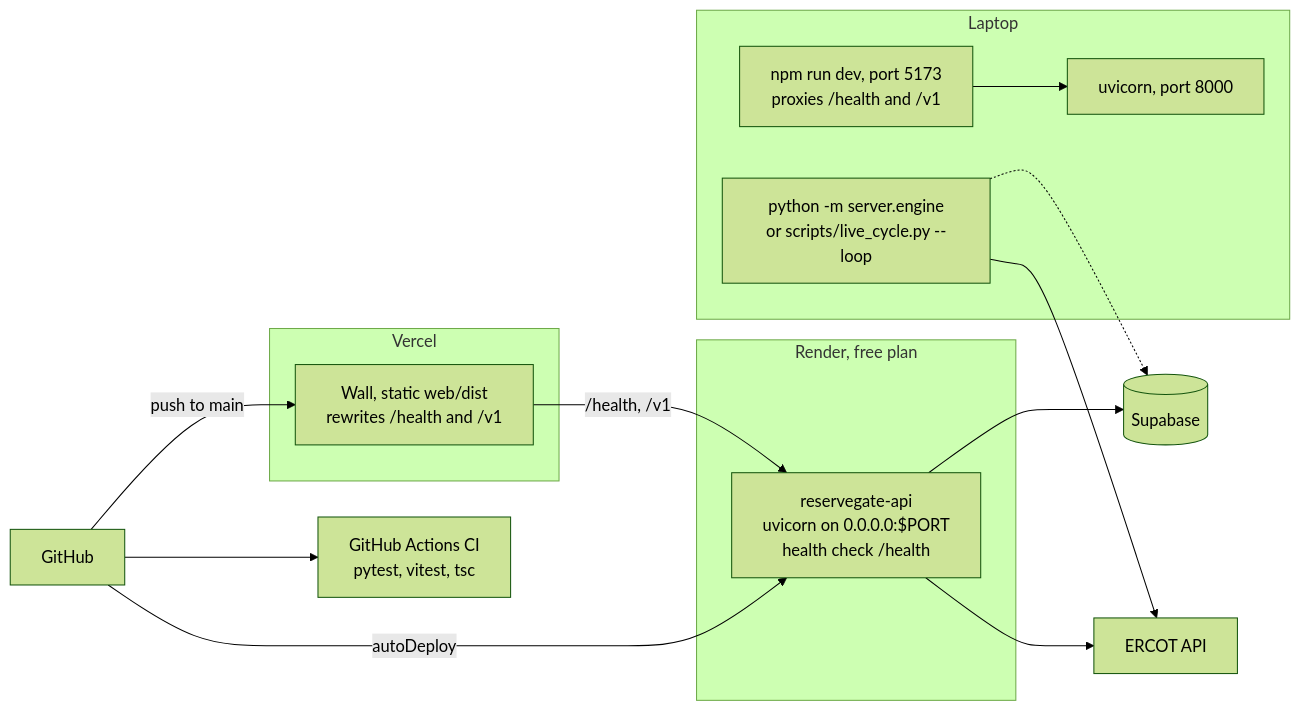
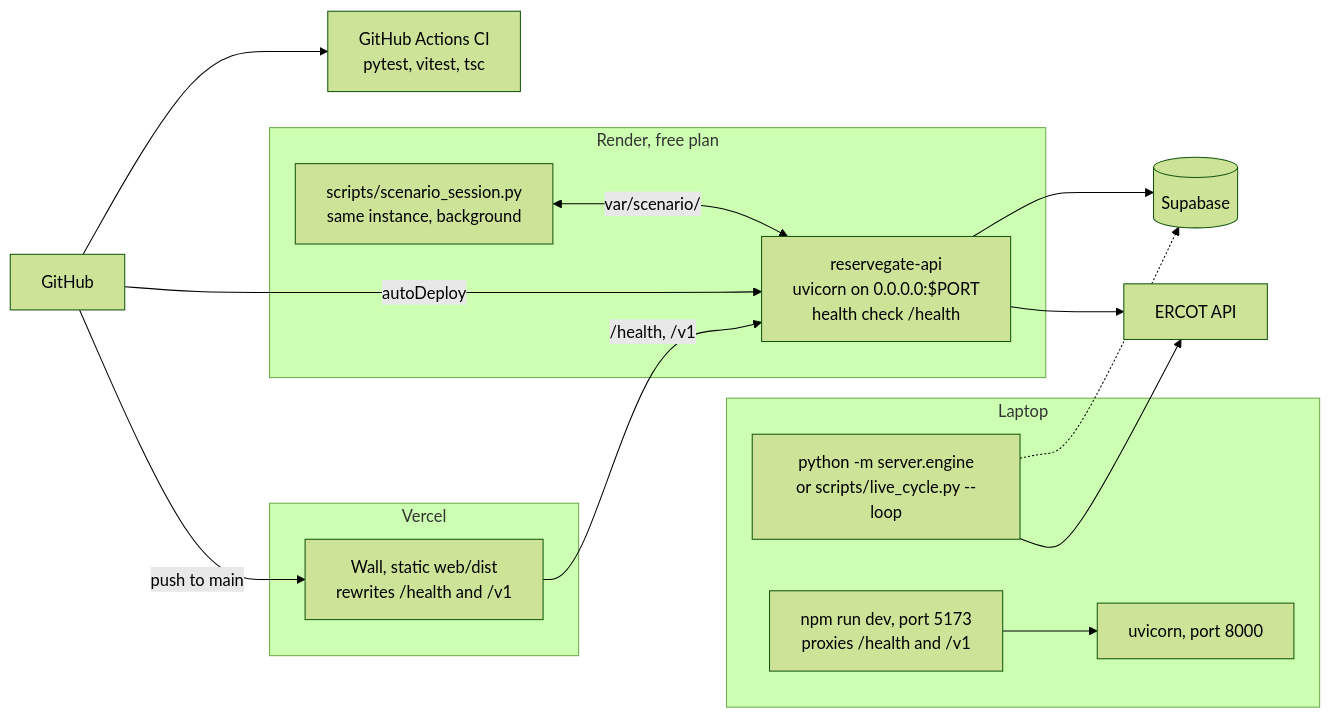
One commit to yeruvamaheswar/storm-prep-signal changed the third of 3 diagrams in docs/agents/system-design.md. Above: the diagram before and after it, drawn with Mermaid (forest theme). The commit also changed other lines of this file and 9 other files, not shown here.

Commit message:
Run the /flow session worker on Render and link the wall to /flow

````diff
--- a/docs/agents/system-design.md
+++ b/docs/agents/system-design.md
@@ -243,28 +243,30 @@
 ```mermaid
 flowchart LR
   subgraph laptop["Laptop"]
     ENG["python -m server.engine<br/>or scripts/live_cycle.py --loop"]
     DEVAPI["uvicorn, port 8000"]
     DEVWEB["npm run dev, port 5173<br/>proxies /health and /v1"]
     DEVWEB --> DEVAPI
   end
   subgraph render["Render, free plan"]
     RAPI["reservegate-api<br/>uvicorn on 0.0.0.0:$PORT<br/>health check /health"]
+    RSESS["scripts/scenario_session.py<br/>same instance, background"]
+    RSESS <-->|"var/scenario/"| RAPI
   end
   subgraph vercel["Vercel"]
     VWALL["Wall, static web/dist<br/>rewrites /health and /v1"]
   end
   SB[("Supabase")]
   ERCOT["ERCOT API"]
   GH["GitHub"]
   CI["GitHub Actions CI<br/>pytest, vitest, tsc"]
 
   ENG -.-> SB
   ENG --> ERCOT
   RAPI --> SB
   RAPI --> ERCOT
   VWALL -->|"/health, /v1"| RAPI
   GH --> CI
   GH -->|"autoDeploy"| RAPI
   GH -->|"push to main"| VWALL
 ```
````
